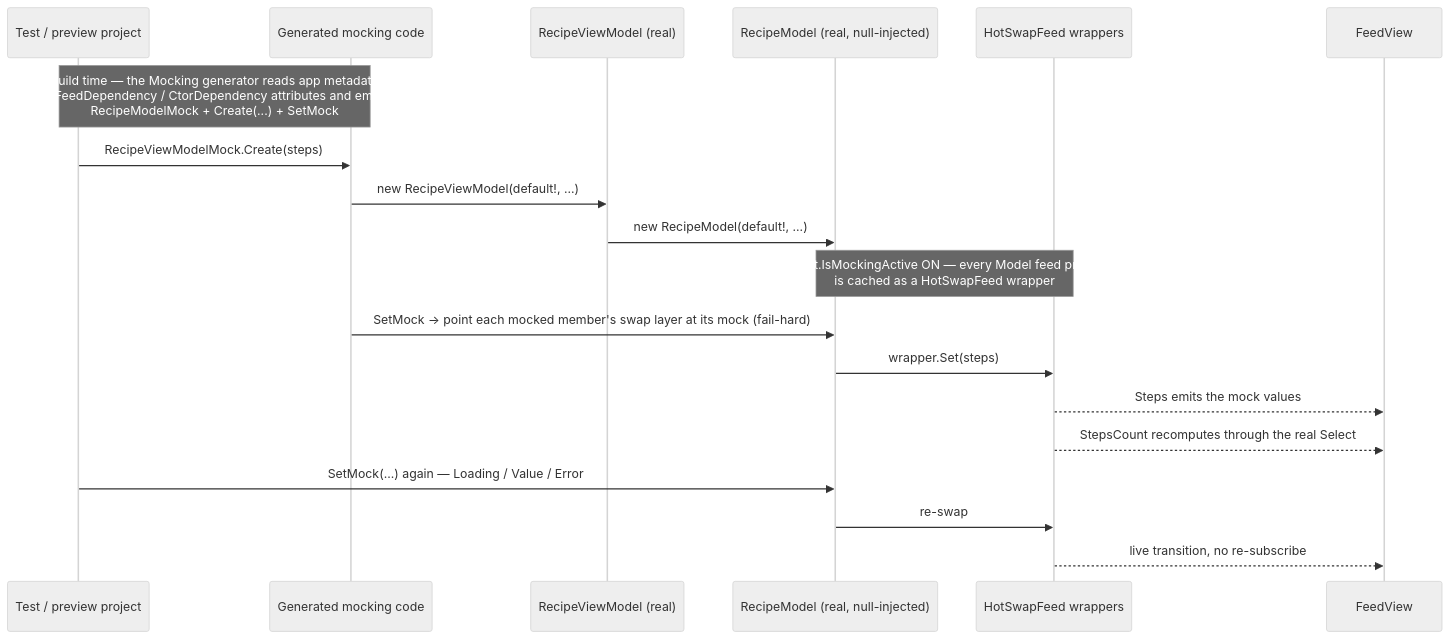
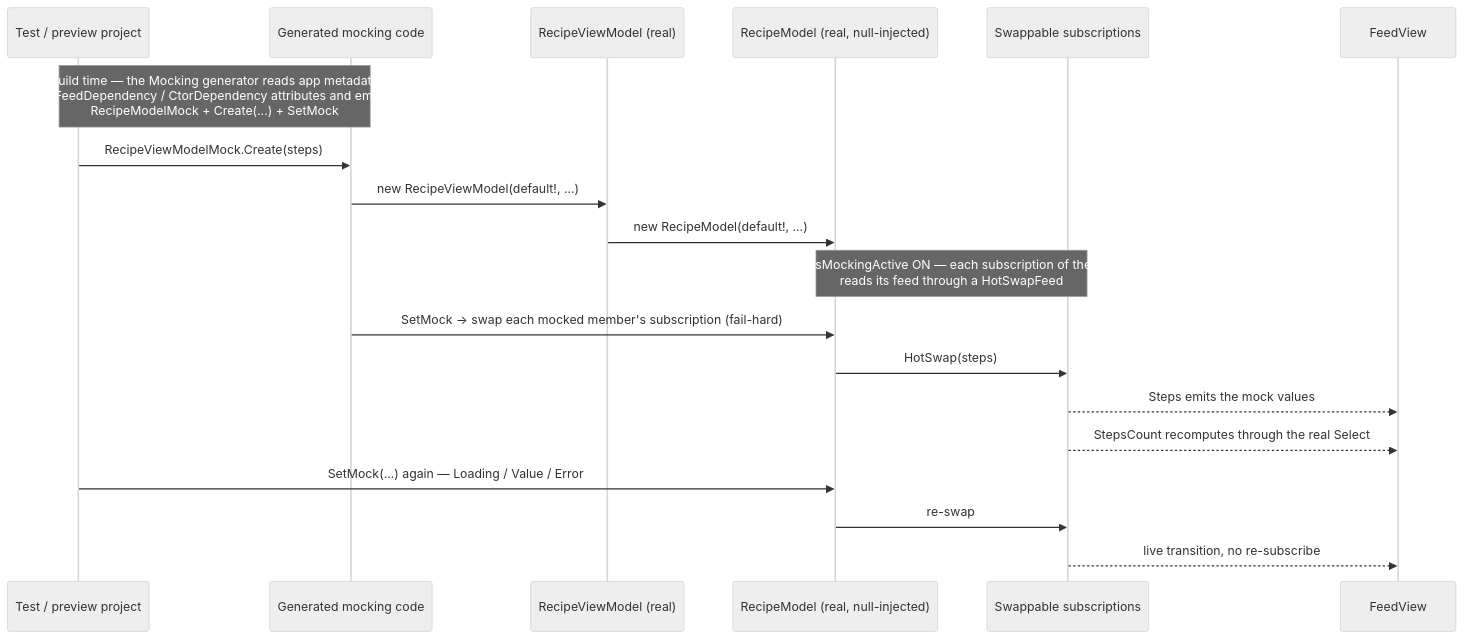
The second of 2 diagrams in specs/013-mvux-mocking-previews/architecture.md (unoplatform/uno.extensions), drawn with Mermaid (neutral theme) before and after one commit. The commit also changed other lines of this file and 3 other files, not shown here.

First line of the commit message:
docs(specs): describe the swap of the context's subscription

````diff
--- a/specs/013-mvux-mocking-previews/architecture.md
+++ b/specs/013-mvux-mocking-previews/architecture.md
@@ -221,22 +222,22 @@
 ```mermaid
 sequenceDiagram
     participant T as Test / preview project
     participant MG as Generated mocking code
     participant VM as RecipeViewModel (real)
     participant M as RecipeModel (real, null-injected)
-    participant W as HotSwapFeed wrappers
+    participant W as Swappable subscriptions
     participant UI as FeedView
 
     Note over T,MG: build time — the Mocking generator reads app metadata<br/>+ FeedDependency / CtorDependency attributes and emits<br/>RecipeModelMock + Create(...) + SetMock
     T->>MG: RecipeViewModelMock.Create(steps)
     MG->>VM: new RecipeViewModel(default!, ...)
     VM->>M: new RecipeModel(default!, ...)
-    Note over M,W: context.IsMockingActive ON — every Model feed property<br/>is cached as a HotSwapFeed wrapper
-    MG->>M: SetMock → point each mocked member's swap layer at its mock (fail-hard)
-    M->>W: wrapper.Set(steps)
+    Note over M,W: context.IsMockingActive ON — each subscription of the context<br/>reads its feed through a HotSwapFeed
+    MG->>M: SetMock → swap each mocked member's subscription (fail-hard)
+    M->>W: HotSwap(steps)
     W-->>UI: Steps emits the mock values
     W-->>UI: StepsCount recomputes through the real Select
     T->>M: SetMock(...) again — Loading / Value / Error
     M->>W: re-swap
     W-->>UI: live transition, no re-subscribe
 ```
````
